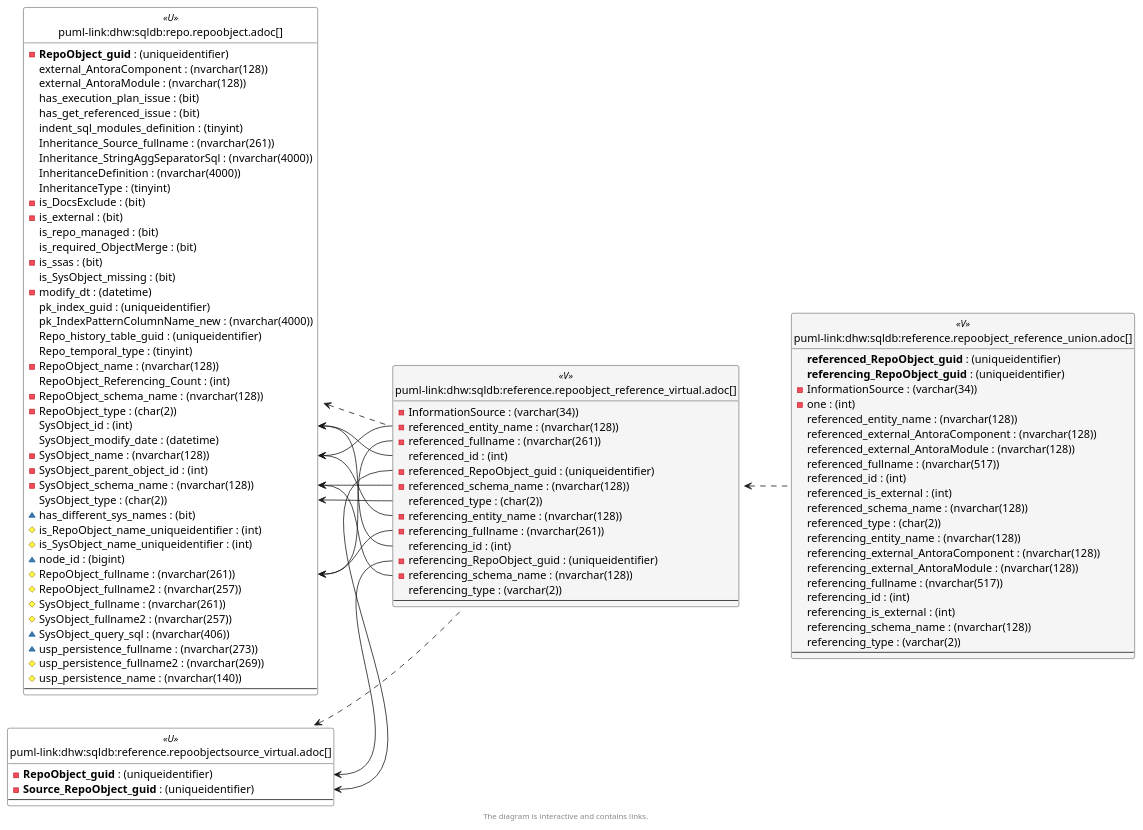
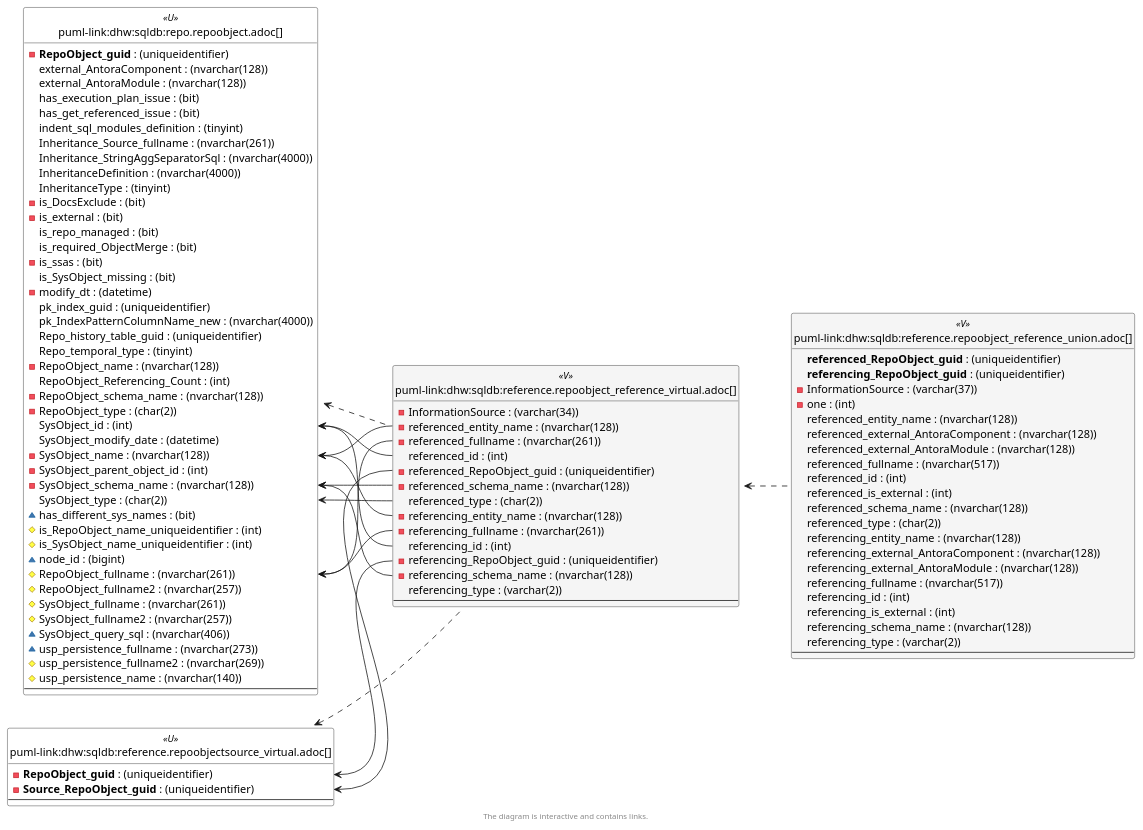
One commit to DataHandwerk/dhw-antora-sqldb changed the sixth of 6 diagrams in docs/modules/sqldb/partials/content/reference.repoobject_reference_virtual.adoc. Above: the diagram before and after it, drawn with PlantUML. The commit also changed other lines of this file and 751 other files, not shown here.

```diff
--- a/docs/modules/sqldb/partials/content/reference.repoobject_reference_virtual.adoc
+++ b/docs/modules/sqldb/partials/content/reference.repoobject_reference_virtual.adoc
@@ -2579,7 +2580,7 @@
 entity "puml-link:dhw:sqldb:reference.repoobject_reference_union.adoc[]" as reference.RepoObject_reference_union << V >> {
   **referenced_RepoObject_guid** : (uniqueidentifier)
   **referencing_RepoObject_guid** : (uniqueidentifier)
-  - InformationSource : (varchar(34))
+  - InformationSource : (varchar(37))
   - one : (int)
   referenced_entity_name : (nvarchar(128))
   referenced_external_AntoraComponent : (nvarchar(128))
@@ -2677,8 +2678,8 @@
 "reference.RepoObjectSource_virtual::Source_RepoObject_guid" <-- "reference.RepoObject_reference_virtual::referenced_RepoObject_guid"
 "repo.RepoObject::RepoObject_fullname" <-- "reference.RepoObject_reference_virtual::referenced_fullname"
 "repo.RepoObject::RepoObject_fullname" <-- "reference.RepoObject_reference_virtual::referencing_fullname"
+"repo.RepoObject::SysObject_id" <-- "reference.RepoObject_reference_virtual::referenced_id"
 "repo.RepoObject::SysObject_id" <-- "reference.RepoObject_reference_virtual::referencing_id"
-"repo.RepoObject::SysObject_id" <-- "reference.RepoObject_reference_virtual::referenced_id"
 "repo.RepoObject::SysObject_name" <-- "reference.RepoObject_reference_virtual::referencing_entity_name"
 "repo.RepoObject::SysObject_name" <-- "reference.RepoObject_reference_virtual::referenced_entity_name"
 "repo.RepoObject::SysObject_schema_name" <-- "reference.RepoObject_reference_virtual::referenced_schema_name"
```
